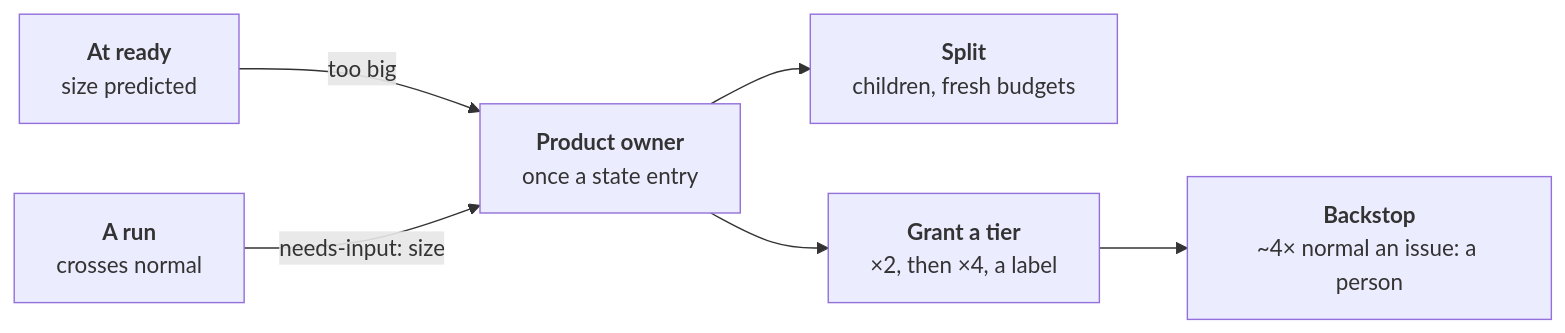
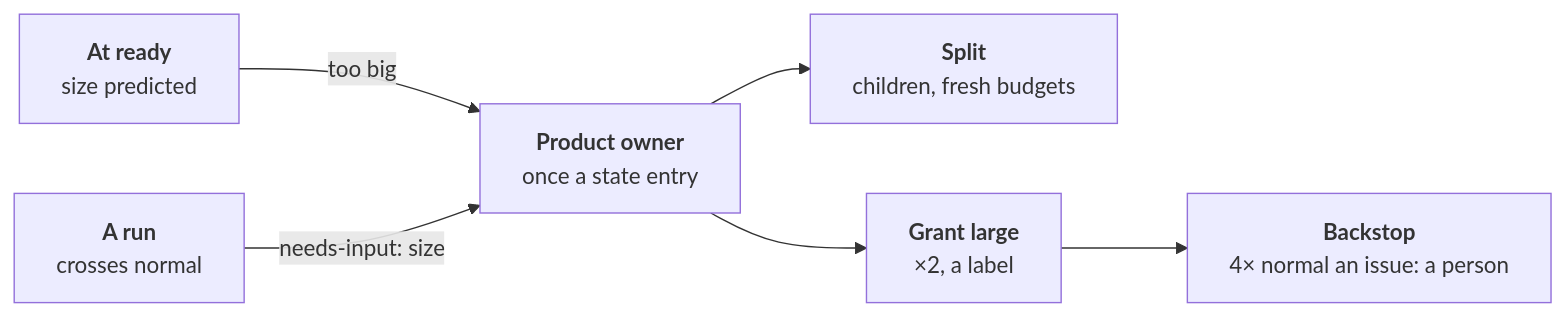
One commit to JN0V/workline changed the diagram in docs/adr/0064-size-is-a-target-not-a-wall.md. Above: the diagram before and after it, drawn with Mermaid. The commit also changed other lines of this file, not shown here.

Commit message:
docs(adr): settle tiers, seeds and the backstop in ADR-0064

````diff
--- a/docs/adr/0064-size-is-a-target-not-a-wall.md
+++ b/docs/adr/0064-size-is-a-target-not-a-wall.md
@@ -40,8 +36,8 @@
 ```mermaid
 flowchart LR
   ready["<b>At ready</b><br/>size predicted"] -->|too big| po
   run["<b>A run</b><br/>crosses normal"] -->|needs-input: size| po["<b>Product owner</b><br/>once a state entry"]
   po --> split["<b>Split</b><br/>children, fresh budgets"]
-  po --> tier["<b>Grant a tier</b><br/>×2, then ×4, a label"]
-  tier --> wall["<b>Backstop</b><br/>~4× normal an issue: a person"]
+  po --> tier["<b>Grant large</b><br/>×2, a label"]
+  tier --> wall["<b>Backstop</b><br/>4× normal an issue: a person"]
 ```
````
